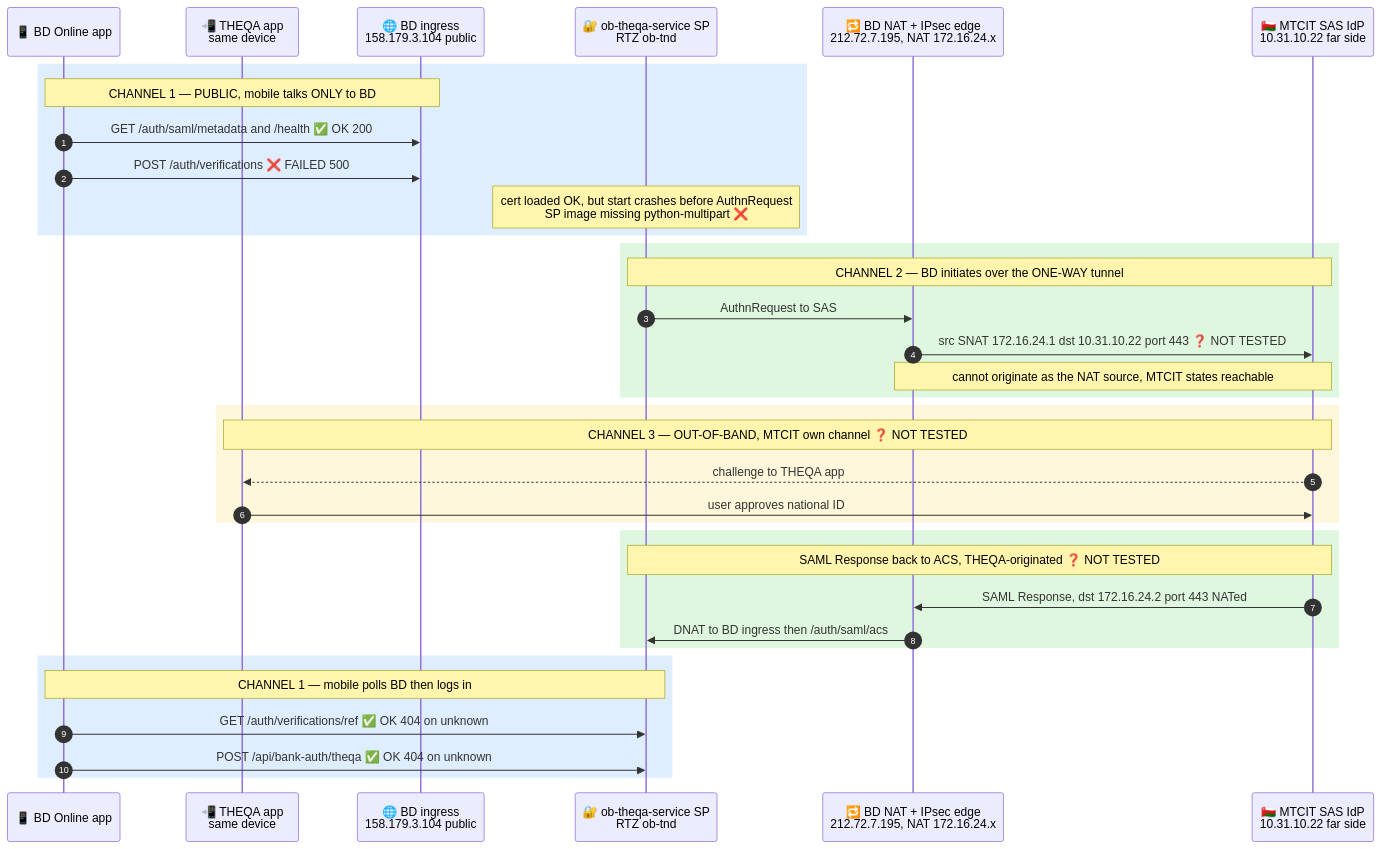
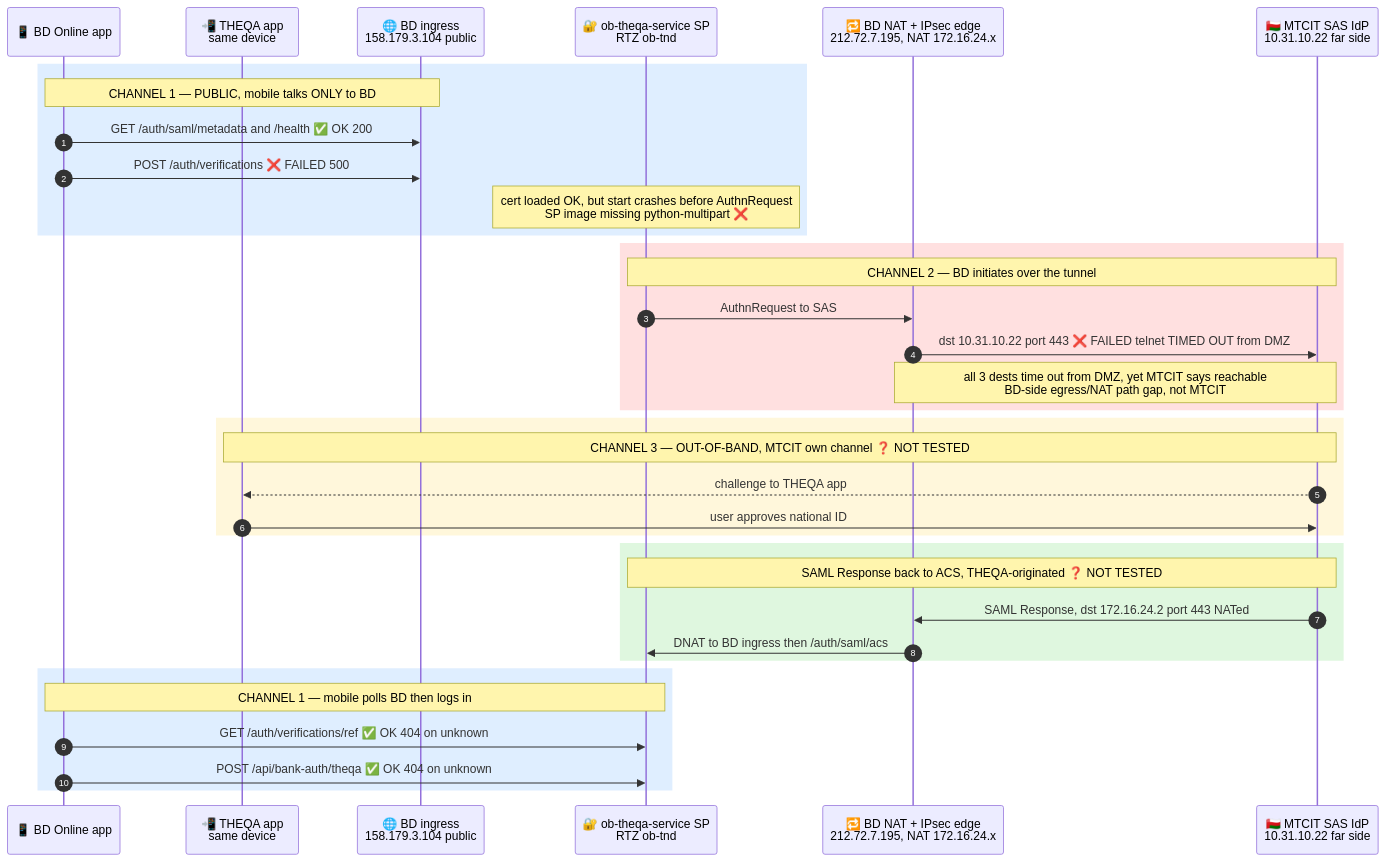
Before and after one commit to alierenbaysal/open-banking-mobile-v2: the first of 2 diagrams in theqa-integration-artifacts/THEQA_Traffic_Flow.md, drawn with Mermaid. The commit also changed other lines of this file, not shown here.

Commit message:
docs(theqa): leg 2 outbound is FAILED not untested — telnet from DMZ to 10.31.10.22/.31/.33:443 all time out (BD egress/NAT gap); separate the python-multipart SP bug from the network (#15)

````diff
--- a/theqa-integration-artifacts/THEQA_Traffic_Flow.md
+++ b/theqa-integration-artifacts/THEQA_Traffic_Flow.md
@@ -28,42 +28,42 @@
 ```mermaid
 sequenceDiagram
     autonumber
     participant App as 📱 BD Online app
     participant THQ as 📲 THEQA app<br>same device
     participant ING as 🌐 BD ingress<br>158.179.3.104 public
     participant SP as 🔐 ob-theqa-service SP<br>RTZ ob-tnd
     participant NAT as 🔁 BD NAT + IPsec edge<br>212.72.7.195, NAT 172.16.24.x
     participant IDP as 🇴🇲 MTCIT SAS IdP<br>10.31.10.22 far side
 
     rect rgb(223,238,255)
     Note over App,ING: CHANNEL 1 — PUBLIC, mobile talks ONLY to BD
     App->>ING: GET /auth/saml/metadata and /health  ✅ OK 200
     App->>ING: POST /auth/verifications  ❌ FAILED 500
     Note over SP: cert loaded OK, but start crashes before AuthnRequest<br>SP image missing python-multipart ❌
     end
 
-    rect rgb(223,247,223)
-    Note over SP,IDP: CHANNEL 2 — BD initiates over the ONE-WAY tunnel
+    rect rgb(255,224,224)
+    Note over SP,IDP: CHANNEL 2 — BD initiates over the tunnel
     SP->>NAT: AuthnRequest to SAS
-    NAT->>IDP: src SNAT 172.16.24.1 dst 10.31.10.22 port 443  ❓ NOT TESTED
-    Note over NAT,IDP: cannot originate as the NAT source, MTCIT states reachable
+    NAT->>IDP: dst 10.31.10.22 port 443  ❌ FAILED telnet TIMED OUT from DMZ
+    Note over NAT,IDP: all 3 dests time out from DMZ, yet MTCIT says reachable<br>BD-side egress/NAT path gap, not MTCIT
     end
 
     rect rgb(255,247,219)
     Note over THQ,IDP: CHANNEL 3 — OUT-OF-BAND, MTCIT own channel  ❓ NOT TESTED
     IDP-->>THQ: challenge to THEQA app
     THQ->>IDP: user approves national ID
     end
 
     rect rgb(223,247,223)
     Note over IDP,SP: SAML Response back to ACS, THEQA-originated  ❓ NOT TESTED
     IDP->>NAT: SAML Response, dst 172.16.24.2 port 443 NATed
     NAT->>SP: DNAT to BD ingress then /auth/saml/acs
     end
 
     rect rgb(223,238,255)
     Note over App,SP: CHANNEL 1 — mobile polls BD then logs in
     App->>SP: GET /auth/verifications/ref  ✅ OK 404 on unknown
     App->>SP: POST /api/bank-auth/theqa  ✅ OK 404 on unknown
     end
 ```
````
